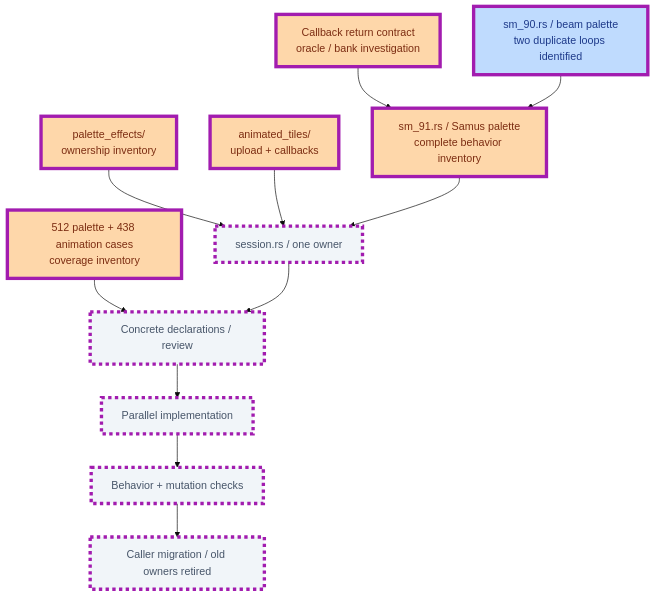
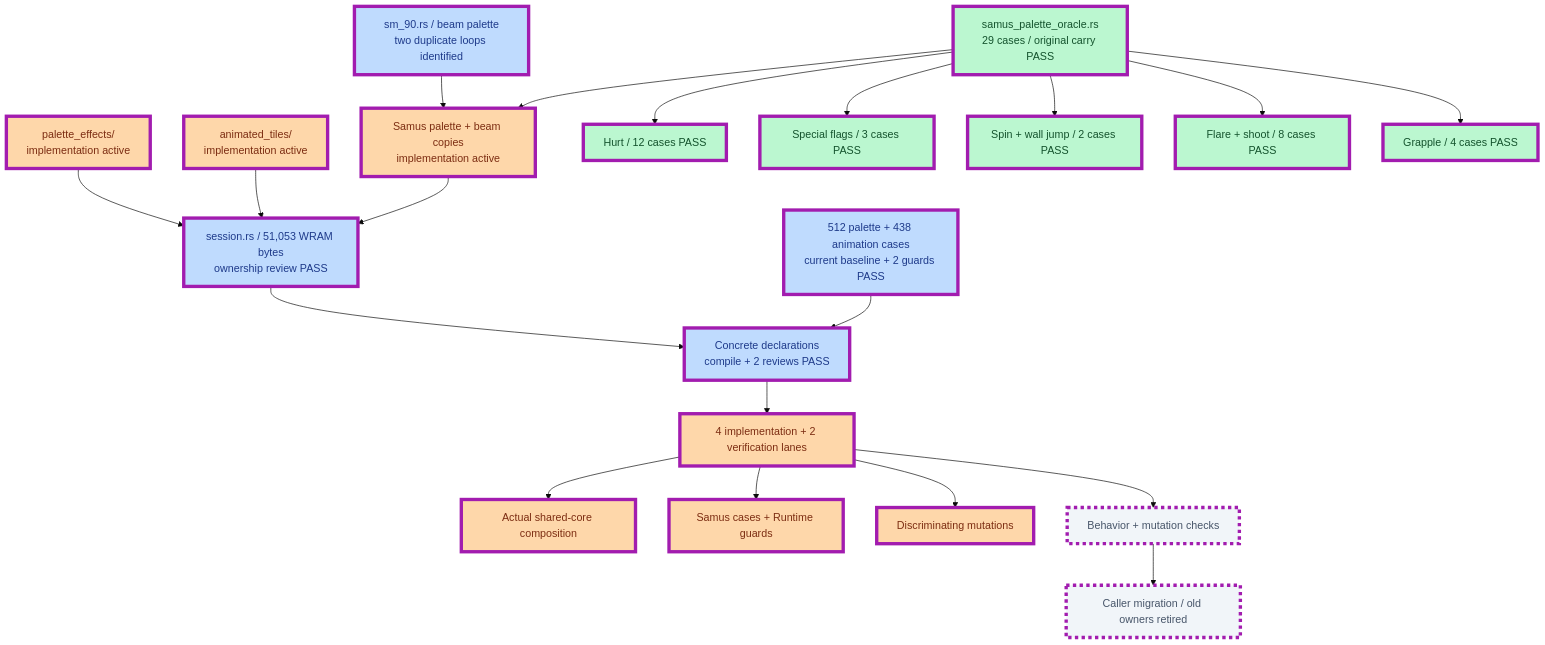
The third of 12 diagrams in PROGRESS.md (JimLundin/sm-decomp), drawn with Mermaid (base theme) before and after one commit. The commit also changed 6 other files, not shown here.

First line of the commit message:
Capture original Samus palette carry; 29 oracle cases pass

````diff
--- a/PROGRESS.md
+++ b/PROGRESS.md
@@ -101,19 +101,28 @@
 ```mermaid
 flowchart TB
-    S["session.rs / one owner"]:::pending
-    P["palette_effects/<br/>ownership inventory"]:::active --> S
-    A["animated_tiles/<br/>upload + callbacks"]:::active --> S
-    U["sm_91.rs / Samus palette<br/>complete behavior inventory"]:::active --> S
-    C["Callback return contract<br/>oracle / bank investigation"]:::active --> U
+    S["session.rs / 51,053 WRAM bytes<br/>ownership review PASS"]:::checked
+    P["palette_effects/<br/>implementation active"]:::active --> S
+    A["animated_tiles/<br/>implementation active"]:::active --> S
+    U["Samus palette + beam copies<br/>implementation active"]:::active --> S
+    C["samus_palette_oracle.rs<br/>29 cases / original carry PASS"]:::done --> U
+    C --> H["Hurt / 12 cases PASS"]:::done
+    C --> F["Special flags / 3 cases PASS"]:::done
+    C --> W["Spin + wall jump / 2 cases PASS"]:::done
+    C --> Q["Flare + shoot / 8 cases PASS"]:::done
+    C --> G["Grapple / 4 cases PASS"]:::done
     B["sm_90.rs / beam palette<br/>two duplicate loops identified"]:::checked --> U
-    V["512 palette + 438 animation cases<br/>coverage inventory"]:::active --> D
-    S --> D["Concrete declarations / review"]:::pending
-    D --> I["Parallel implementation"]:::pending
+    V["512 palette + 438 animation cases<br/>current baseline + 2 guards PASS"]:::checked --> D
+    S --> D["Concrete declarations<br/>compile + 2 reviews PASS"]:::checked
+    D --> I["4 implementation + 2 verification lanes"]:::active
+    I --> T["Actual shared-core composition"]:::active
+    I --> X["Samus cases + Runtime guards"]:::active
+    I --> Y["Discriminating mutations"]:::active
     I --> M["Behavior + mutation checks"]:::pending
     M --> R["Caller migration / old owners retired"]:::pending
-    class S,P,A,U,C,B,V,D,I,M,R changed
+    class S,P,A,U,C,H,F,W,Q,G,B,V,D,I,T,X,Y,M,R changed
+    classDef done fill:#bbf7d0,stroke:#15803d,color:#14532d
     classDef checked fill:#bfdbfe,stroke:#2563eb,color:#1e3a8a
     classDef active fill:#fed7aa,stroke:#ea580c,color:#7c2d12
     classDef pending fill:#f1f5f9,stroke:#94a3b8,color:#475569,stroke-dasharray:5 5
     classDef changed stroke:#a21caf,stroke-width:5px
 ```
````
